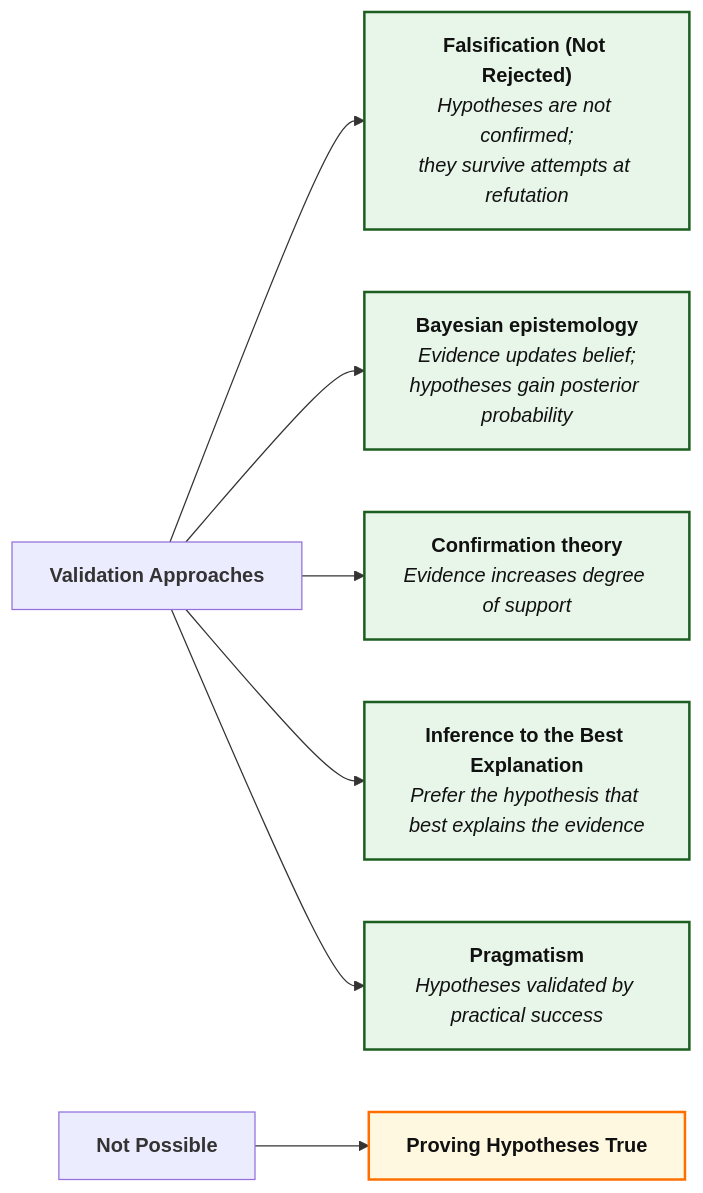
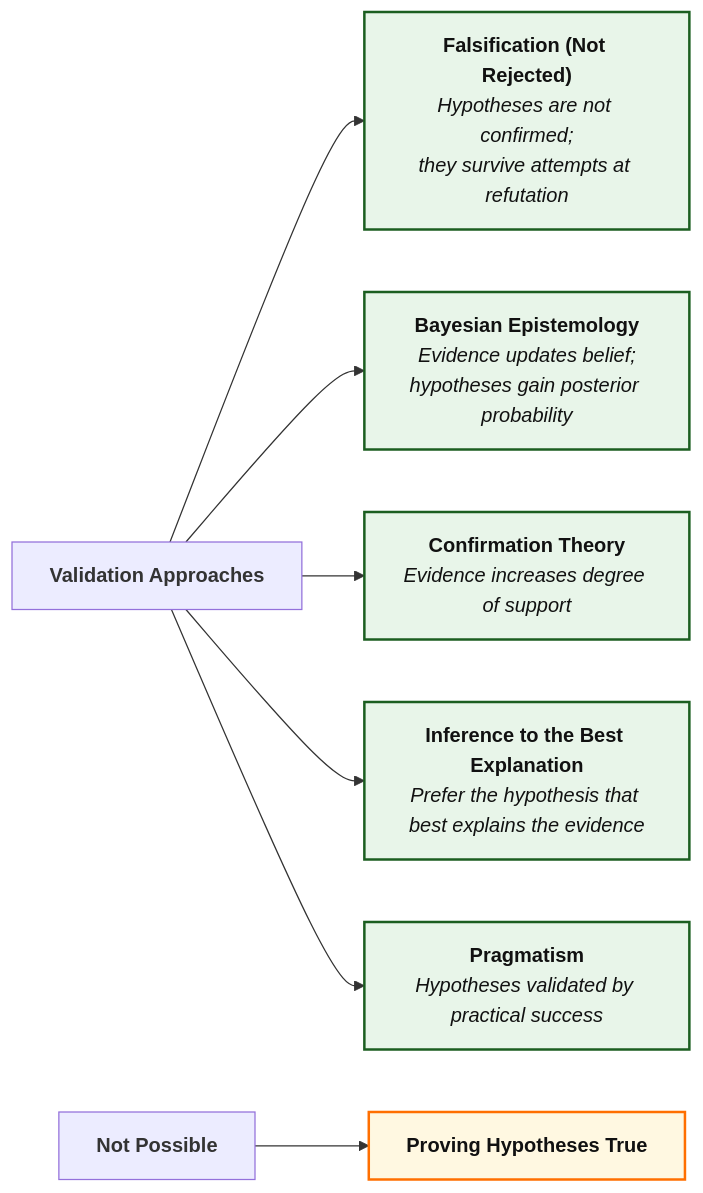
One commit to Tellusant/docs changed the diagram in articles-posts/hypothesis-validation.md. Above: the diagram before and after it, drawn with Mermaid.

```diff
--- a/articles-posts/hypothesis-validation.md
+++ b/articles-posts/hypothesis-validation.md
@@ -13,31 +13,31 @@
 <div class="mermaid">
 
 flowchart LR
 
     V["`**Validation Approaches**`"]:::none
 
     F["`**Falsification (Not Rejected)**<br/>*Hypotheses are not confirmed;<br/>they survive attempts at refutation*`"]:::strong
-    B["`**Bayesian epistemology**<br/>*Evidence updates belief;<br/>hypotheses gain posterior probability*`"]:::strong
-    C["`**Confirmation theory**<br/>*Evidence increases degree of support*`"]:::strong
+    B["`**Bayesian Epistemology**<br/>*Evidence updates belief;<br/>hypotheses gain posterior probability*`"]:::strong
+    C["`**Confirmation Theory**<br/>*Evidence increases degree of support*`"]:::strong
     I["`**Inference to the Best Explanation**<br/>*Prefer the hypothesis that best explains the evidence*`"]:::strong
     R["`**Pragmatism**<br/>*Hypotheses validated by practical success*`"]:::strong
 
     NV["`**Not Possible**`"]:::none
     CO["`**Proving Hypotheses True**`"]:::mixed
 
     V --> F
     V --> B
     V --> C
     V --> I
     V --> R
     NV--> CO
 
     %% ========= STYLES ========= Labels are from another graph
 classDef strong  fill:#E8F5E9,stroke:#1B5E20,stroke-width:2px,color:#111;
 classDef neutral fill:#E3F2FD,stroke:#0D47A1,stroke-width:2px,color:#111;
 classDef mixed   fill:#FFF8E1,stroke:#FF6F00,stroke-width:2px,color:#111;
 classDef risk    fill:#FDECEA,stroke:#B71C1C,stroke-width:2px,color:#111;
 classDef summary fill:#F5F5F5,stroke:#424242,stroke-width:2px,color:#111;
 classDef anchor fill:transparent,stroke:transparent;
 
 </div>
```
